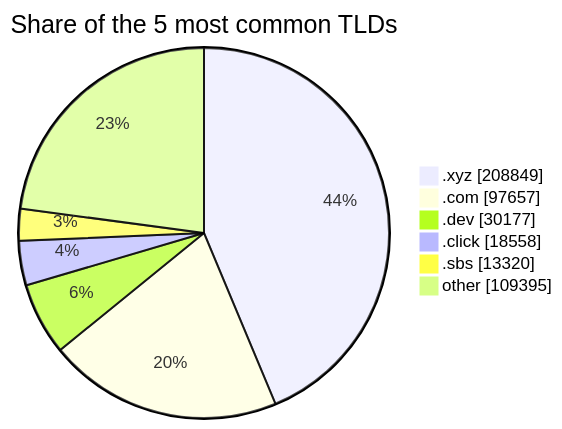
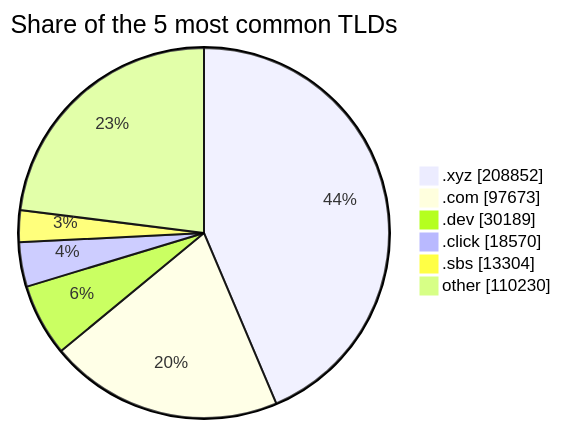
The third of 3 diagrams in README.md (DNSBunker/CTI), drawn with Mermaid before and after one commit. The commit also changed other lines of this file and 3 other files, not shown here.

````diff
--- a/README.md
+++ b/README.md
@@ -81,9 +81,9 @@
 ```mermaid
 pie showData title Share of the 5 most common TLDs
-    ".xyz" : 208849
-    ".com" : 97657
-    ".dev" : 30177
-    ".click" : 18558
-    ".sbs" : 13320
-    "other" : 109395
+    ".xyz" : 208852
+    ".com" : 97673
+    ".dev" : 30189
+    ".click" : 18570
+    ".sbs" : 13304
+    "other" : 110230
 ```
````
